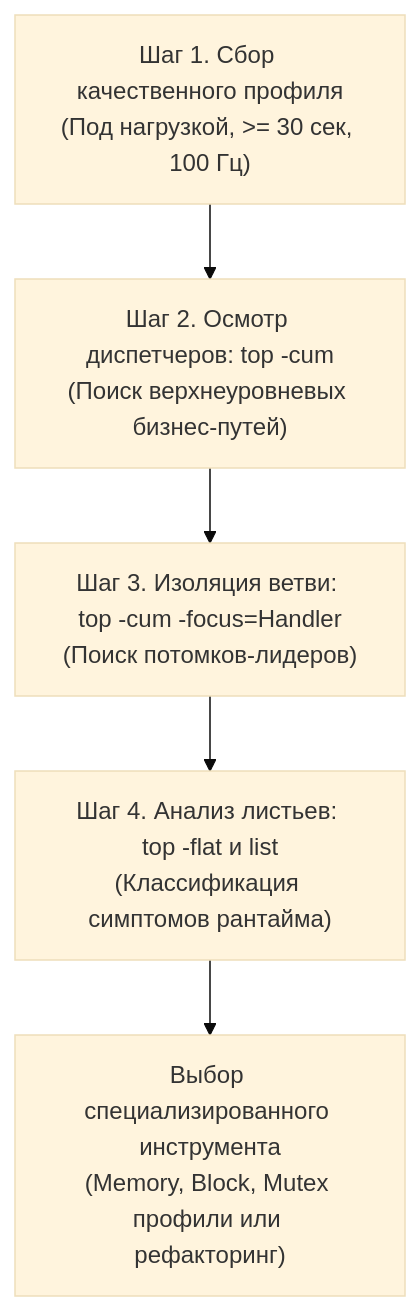
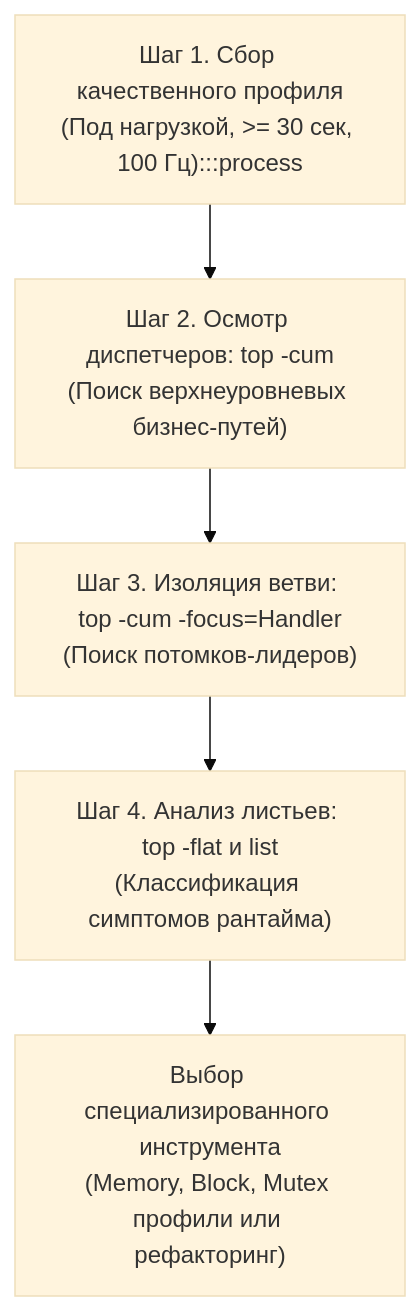
One commit to UnrealTemplier/go-textbook changed the first of 3 diagrams in sources/16. Профилирование, отладка и производительность/03. CPU profiling/4. Top functions анализ.md. Above: the diagram before and after it, drawn with Mermaid (base theme). The commit also changed other lines of this file and 1666 other files, not shown here.

First line of the commit message:
feat(mermaid): add semantic color classDef to 1369 colorless flowchart/graph diagrams

````diff
--- a/sources/16. Профилирование, отладка и производительность/03. CPU profiling/4. Top functions анализ.md
+++ b/sources/16. Профилирование, отладка и производительность/03. CPU profiling/4. Top functions анализ.md
@@ -64,7 +64,17 @@
 ```mermaid
 flowchart TD
-    Step1["Шаг 1. Сбор качественного профиля<br>(Под нагрузкой, >= 30 сек, 100 Гц)"] --> Step2["Шаг 2. Осмотр диспетчеров: top -cum<br>(Поиск верхнеуровневых бизнес-путей)"]
+    classDef process  fill:#1e293b,stroke:#38bdf8,stroke-width:1px,color:#f8fafc
+    classDef success  fill:#064e3b,stroke:#34d399,stroke-width:1px,color:#f8fafc
+    classDef error    fill:#7f1d1d,stroke:#f87171,stroke-width:1px,color:#f8fafc
+    classDef warning  fill:#78350f,stroke:#fbbf24,stroke-width:1px,color:#f8fafc
+    classDef entry    fill:#1e3a5f,stroke:#38bdf8,stroke-width:2px,color:#f8fafc
+    classDef aux      fill:#334155,stroke:#64748b,stroke-width:1px,color:#f8fafc
+    classDef system   fill:#312e81,stroke:#a78bfa,stroke-width:1px,color:#f8fafc
+    classDef data     fill:#132d29,stroke:#2dd4bf,stroke-width:1px,color:#f8fafc
+    classDef network  fill:#881337,stroke:#fb7185,stroke-width:1px,color:#f8fafc
+    classDef accent   fill:#1e1b4b,stroke:#818cf8,stroke-width:1px,color:#f8fafc
+    Step1["Шаг 1. Сбор качественного профиля<br>(Под нагрузкой, >= 30 сек, 100 Гц):::process"] --> Step2["Шаг 2. Осмотр диспетчеров: top -cum<br>(Поиск верхнеуровневых бизнес-путей)"]
     Step2 --> Step3["Шаг 3. Изоляция ветви: top -cum -focus=Handler<br>(Поиск потомков-лидеров)"]
     Step3 --> Step4["Шаг 4. Анализ листьев: top -flat и list<br>(Классификация симптомов рантайма)"]
     Step4 --> Action["Выбор специализированного инструмента<br>(Memory, Block, Mutex профили или рефакторинг)"]
 ```
````
